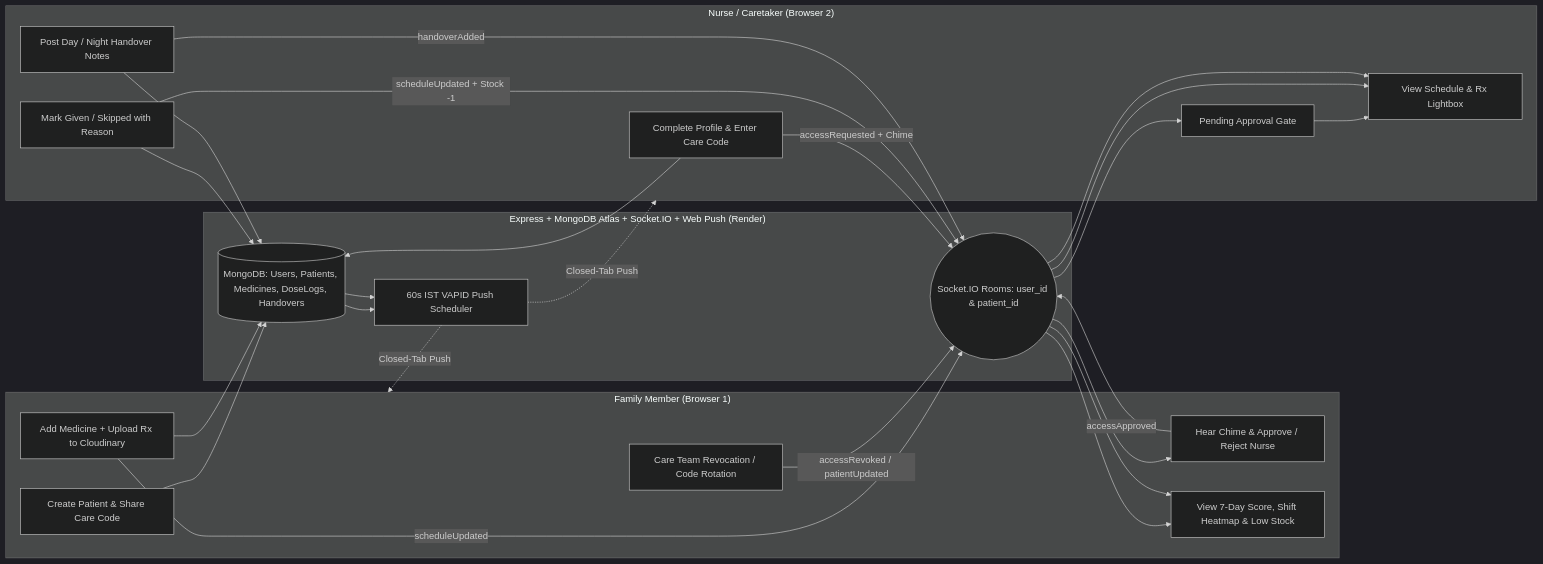
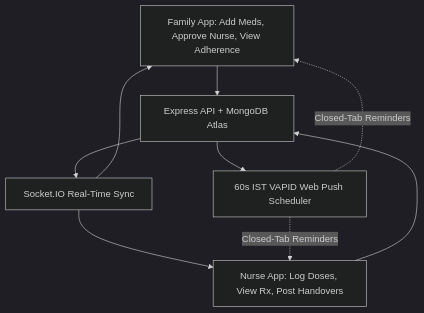
One commit to nehalikareddy/TheCarePal changed the third of 3 diagrams in README.md. Above: the diagram before and after it, drawn with Mermaid (dark theme). The commit also changed other lines of this file, not shown here.

Commit message:
Simplify system flowcharts in README

````diff
--- a/README.md
+++ b/README.md
@@ -100,38 +47,11 @@
 ```mermaid
-flowchart LR
-    subgraph Family["Family Member (Browser 1)"]
-        F1[Create Patient & Share Care Code]
-        F2[Add Medicine + Upload Rx to Cloudinary]
-        F3[Hear Chime & Approve / Reject Nurse]
-        F4[View 7-Day Score, Shift Heatmap & Low Stock]
-        F5[Care Team Revocation / Code Rotation]
-    end
-
-    subgraph Backend["Express + MongoDB Atlas + Socket.IO + Web Push (Render)"]
-        B1[(MongoDB: Users, Patients, Medicines, DoseLogs, Handovers)]
-        B2((Socket.IO Rooms: user_id & patient_id))
-        B3[60s IST VAPID Push Scheduler]
-    end
-
-    subgraph Nurse["Nurse / Caretaker (Browser 2)"]
-        N1[Complete Profile & Enter Care Code]
-        N2[Pending Approval Gate]
-        N3[View Schedule & Rx Lightbox]
-        N4[Mark Given / Skipped with Reason]
-        N5[Post Day / Night Handover Notes]
-    end
-
-    F1 --> B1
-    N1 --> B1
-    N1 -- accessRequested + Chime --> B2 --> F3
-    F3 -- accessApproved --> B2 --> N2 --> N3
-    F2 --> B1
-    F2 -- scheduleUpdated --> B2 --> N3
-    N4 --> B1
-    N4 -- scheduleUpdated + Stock -1 --> B2 --> F4
-    N5 --> B1
-    N5 -- handoverAdded --> B2 --> F4
-    F5 -- accessRevoked / patientUpdated --> B2 --> N3
-    B1 --> B3 -. Closed-Tab Push .-> Family
-    B1 --> B3 -. Closed-Tab Push .-> Nurse
+flowchart TD
+    A[Family App: Add Meds, Approve Nurse, View Adherence] --> B[Express API + MongoDB Atlas]
+    C[Nurse App: Log Doses, View Rx, Post Handovers] --> B
+    B --> D[Socket.IO Real-Time Sync]
+    B --> E[60s IST VAPID Web Push Scheduler]
+    D --> A
+    D --> C
+    E -. Closed-Tab Reminders .-> A
+    E -. Closed-Tab Reminders .-> C
 ```
````
